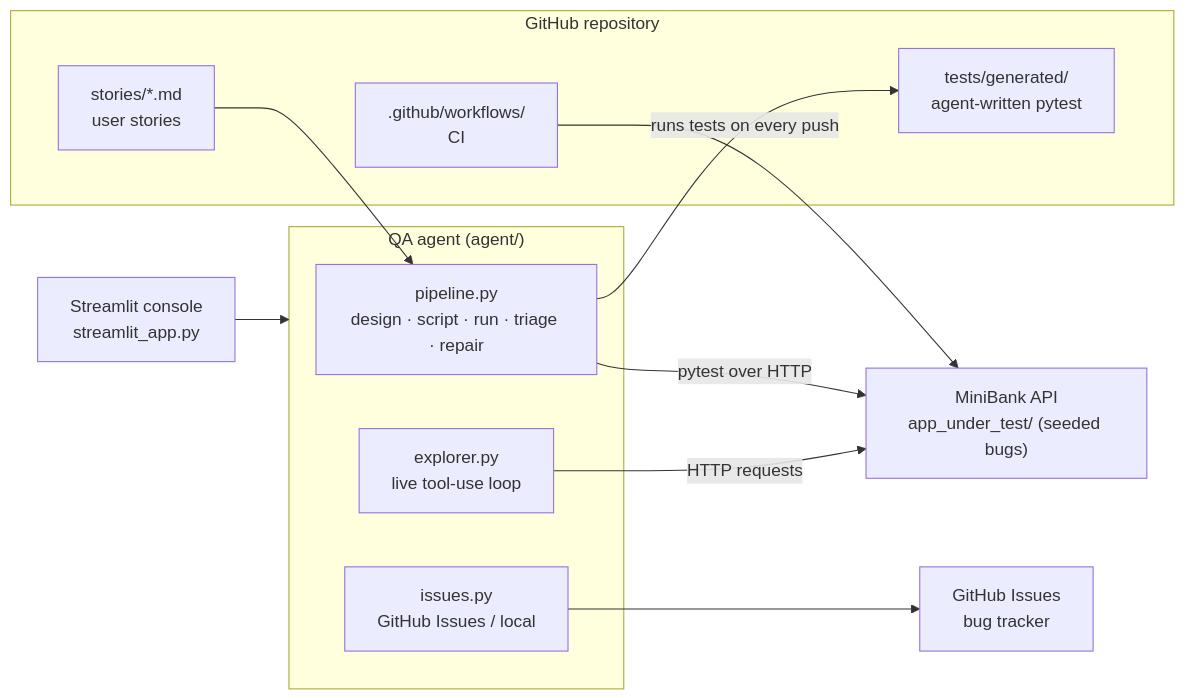
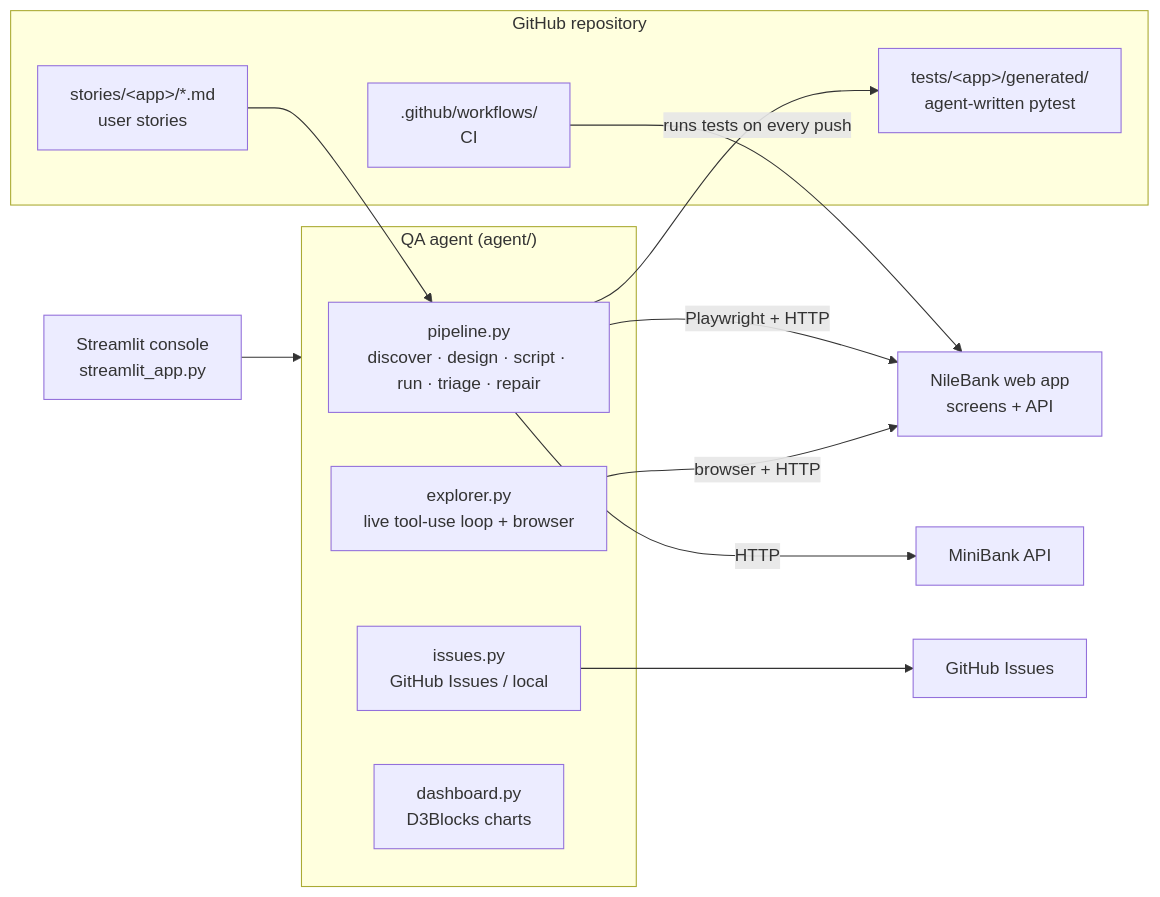
One commit to hanaahammad/agentic-testing-lab changed the first of 2 diagrams in README.md. Above: the diagram before and after it, drawn with Mermaid. The commit also changed other lines of this file and 54 other files, not shown here.

Commit message:
Add NileBank web app and UI testing

````diff
--- a/README.md
+++ b/README.md
@@ -17,24 +32,27 @@
 ```mermaid
 flowchart LR
     subgraph Repo["GitHub repository"]
-        S["stories/*.md<br/>user stories"]
-        T["tests/generated/<br/>agent-written pytest"]
+        S["stories/&lt;app&gt;/*.md<br/>user stories"]
+        T["tests/&lt;app&gt;/generated/<br/>agent-written pytest"]
         W[".github/workflows/<br/>CI"]
     end
     subgraph Agent["QA agent (agent/)"]
-        P["pipeline.py<br/>design · script · run · triage · repair"]
-        E["explorer.py<br/>live tool-use loop"]
+        P["pipeline.py<br/>discover · design · script · run · triage · repair"]
+        E["explorer.py<br/>live tool-use loop + browser"]
         I["issues.py<br/>GitHub Issues / local"]
+        D["dashboard.py<br/>D3Blocks charts"]
     end
     UI["Streamlit console<br/>streamlit_app.py"]
-    APP["MiniBank API<br/>app_under_test/ (seeded bugs)"]
-    GH["GitHub Issues<br/>bug tracker"]
+    NB["NileBank web app<br/>screens + API"]
+    MB["MiniBank API"]
+    GH["GitHub Issues"]
 
     UI --> Agent
     S --> P
     P --> T
-    P -- "pytest over HTTP" --> APP
-    E -- "HTTP requests" --> APP
+    P -- "Playwright + HTTP" --> NB
+    P -- "HTTP" --> MB
+    E -- "browser + HTTP" --> NB
     I --> GH
-    W -- "runs tests on every push" --> APP
+    W -- "runs tests on every push" --> NB
 ```
````
